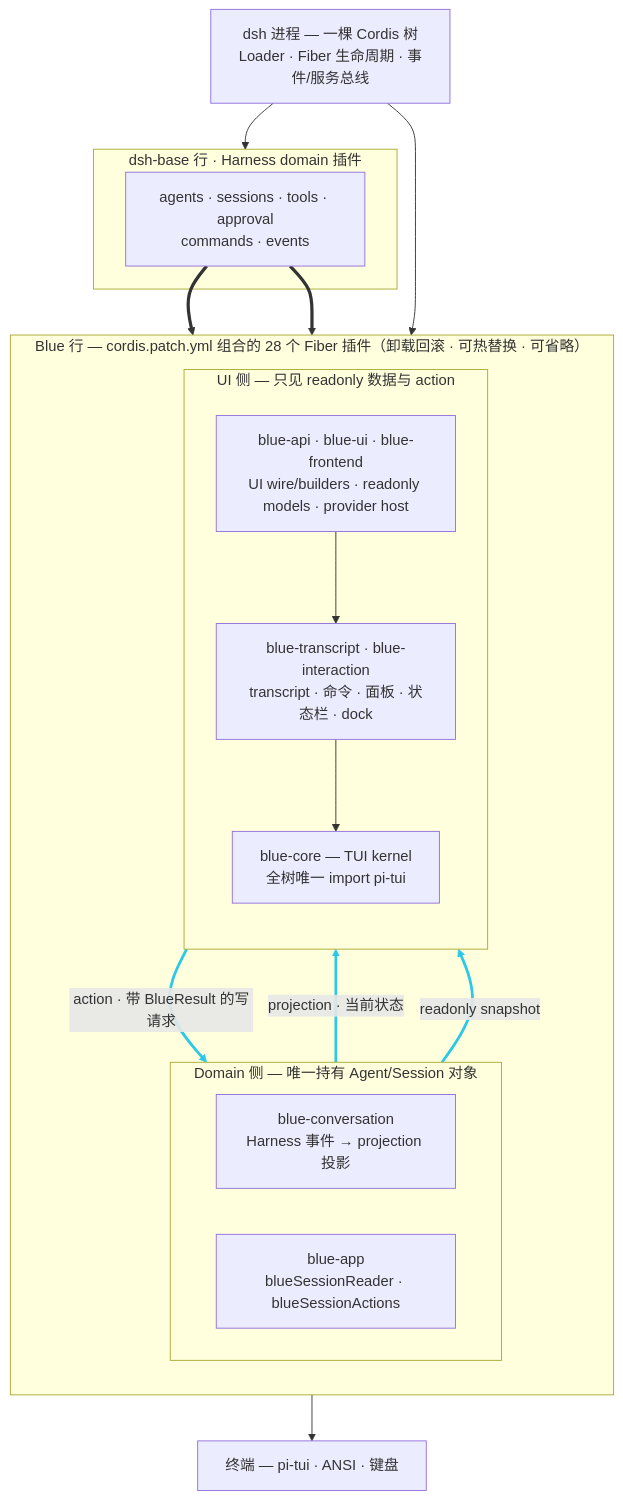
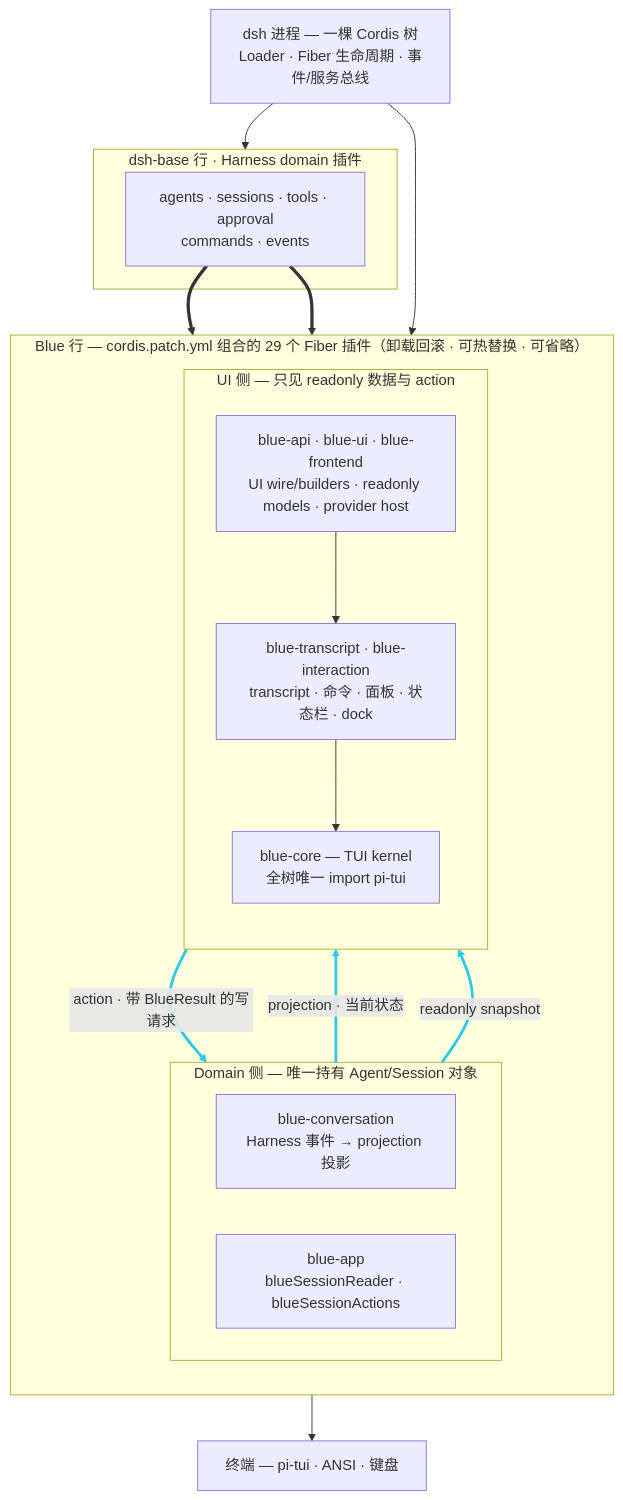
The diagram in docs/diagrams/blue-layers.mmd (dsh-blue/blue), drawn with Mermaid before and after one commit. The commit also changed 67 other files, not shown here.

```diff
--- a/docs/diagrams/blue-layers.mmd
+++ b/docs/diagrams/blue-layers.mmd
@@ -1,36 +1,36 @@
 flowchart TB
     ROOT["dsh 进程 — 一棵 Cordis 树<br/>Loader · Fiber 生命周期 · 事件/服务总线"]
 
     subgraph BASE["dsh-base 行 · Harness domain 插件"]
         HAR["agents · sessions · tools · approval<br/>commands · events"]
     end
 
-    subgraph BLUE["Blue 行 — cordis.patch.yml 组合的 28 个 Fiber 插件（卸载回滚 · 可热替换 · 可省略）"]
+    subgraph BLUE["Blue 行 — cordis.patch.yml 组合的 29 个 Fiber 插件（卸载回滚 · 可热替换 · 可省略）"]
         direction TB
         subgraph DOM["Domain 侧 — 唯一持有 Agent/Session 对象"]
             direction LR
             CONV["blue-conversation<br/>Harness 事件 → projection 投影"]
             APP["blue-app<br/>blueSessionReader · blueSessionActions"]
         end
         subgraph UI["UI 侧 — 只见 readonly 数据与 action"]
             direction TB
             FE["blue-api · blue-ui · blue-frontend<br/>UI wire/builders · readonly models · provider host"]
             ADP["blue-transcript · blue-interaction<br/>transcript · 命令 · 面板 · 状态栏 · dock"]
             KRN["blue-core — TUI kernel<br/>全树唯一 import pi-tui"]
             FE --> ADP
             ADP --> KRN
         end
         CONV -- "projection · 当前状态" --> FE
         APP -- "readonly snapshot" --> FE
         UI -- "action · 带 BlueResult 的写请求" --> DOM
     end
 
     TERM["终端 — pi-tui · ANSI · 键盘"]
 
     ROOT --> BASE
     ROOT --> BLUE
     HAR ==> CONV
     HAR ==> APP
     KRN --> TERM
 
     linkStyle 2,3,4 stroke:#2bc8e8,stroke-width:3px
```
